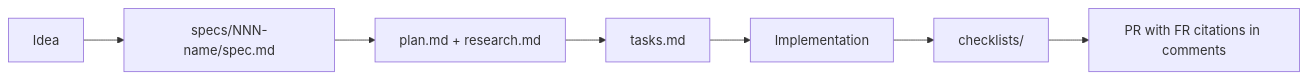
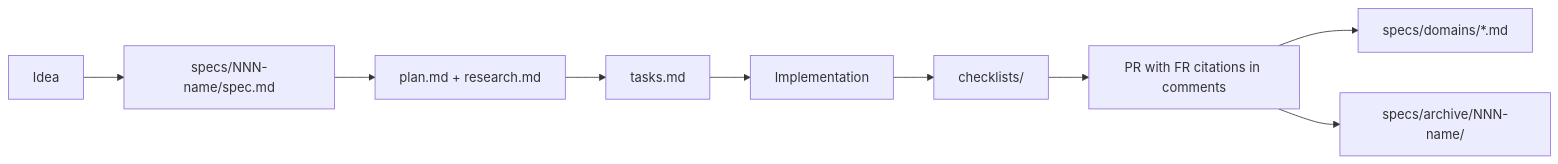
The third of 3 diagrams in docs/docs/principles/coding-conventions.md (nonamecat19/job-finder), drawn with Mermaid before and after one commit. The commit also changed other lines of this file and 321 other files, not shown here.

First line of the commit message:
docs(specs): consolidate shipped specs into domain docs and an archive

````diff
--- a/docs/docs/principles/coding-conventions.md
+++ b/docs/docs/principles/coding-conventions.md
@@ -101,9 +104,11 @@
 ```mermaid
 flowchart LR
     IDEA["Idea"] --> SPEC["specs/NNN-name/spec.md"]
     SPEC --> PLAN["plan.md + research.md"]
     PLAN --> TASKS["tasks.md"]
     TASKS --> CODE["Implementation"]
     CODE --> CHECK["checklists/"]
     CHECK --> PR["PR with FR citations in comments"]
+    PR --> DOM["specs/domains/*.md"]
+    PR --> ARCH["specs/archive/NNN-name/"]
 ```
````
